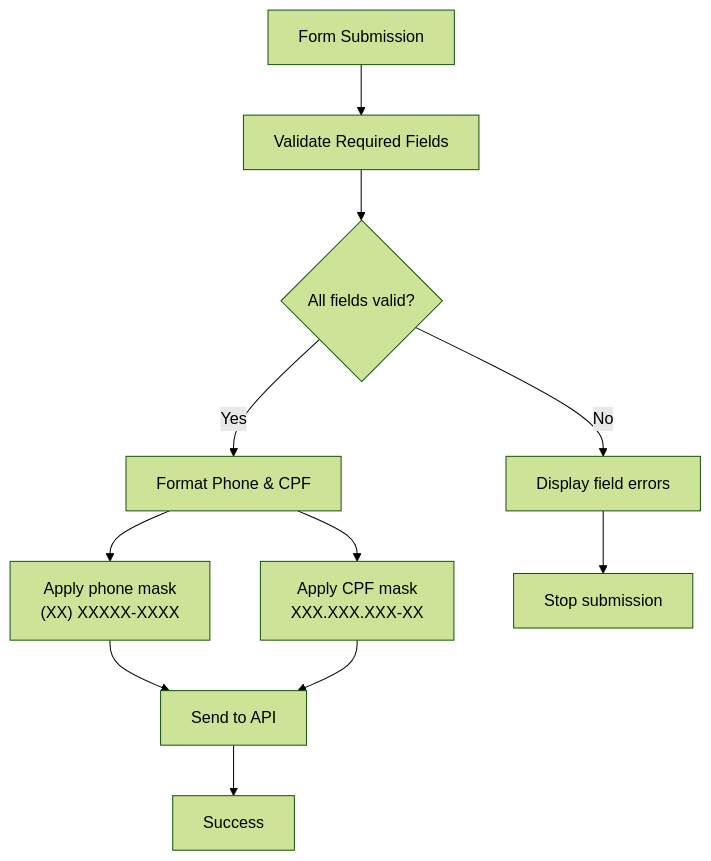
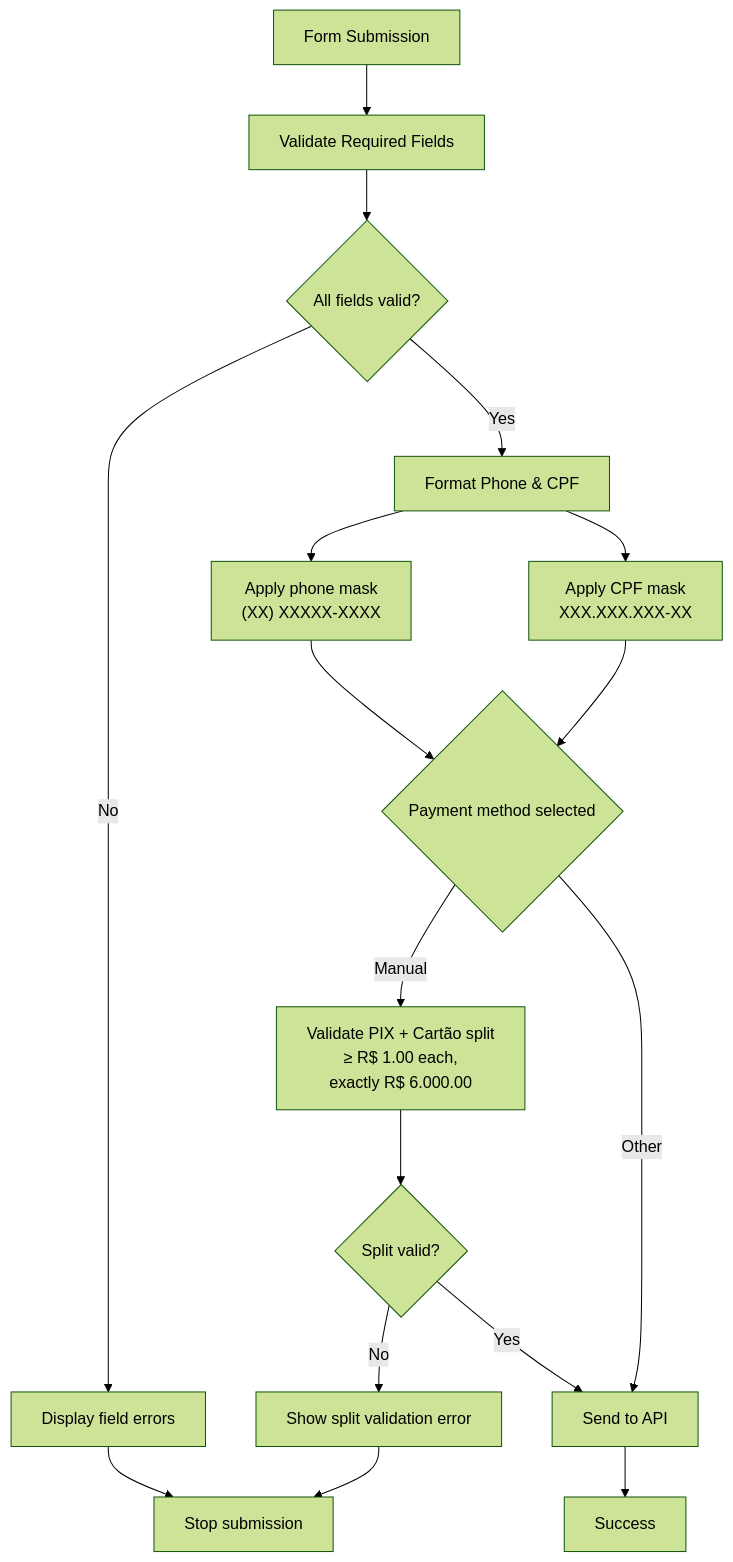
One commit to Alexandrexicara/qretiquetas.com changed the fourth of 8 diagrams in .qoder/repowiki/en/content/Frontend Components/Checkout Interface (checkout.html).md. Above: the diagram before and after it, drawn with Mermaid (forest theme). The commit also changed other lines of this file and 6 other files, not shown here.

````diff
--- a/.qoder/repowiki/en/content/Frontend Components/Checkout Interface (checkout.html).md
+++ b/.qoder/repowiki/en/content/Frontend Components/Checkout Interface (checkout.html).md
@@ -166,13 +180,19 @@
 ```mermaid
 flowchart TD
 FormSubmit["Form Submission"] --> ValidateFields["Validate Required Fields"]
 ValidateFields --> FieldsValid{"All fields valid?"}
 FieldsValid --> |No| ShowErrors["Display field errors"]
 FieldsValid --> |Yes| FormatInputs["Format Phone & CPF"]
 FormatInputs --> MaskPhone["Apply phone mask<br/>(XX) XXXXX-XXXX"]
 FormatInputs --> MaskCPF["Apply CPF mask<br/>XXX.XXX.XXX-XX"]
-MaskPhone --> SendData["Send to API"]
-MaskCPF --> SendData
+MaskPhone --> CheckMethod{"Payment method selected"}
+MaskCPF --> CheckMethod
+CheckMethod --> |Manual| ValidateSplit["Validate PIX + Cartão split<br/>≥ R$ 1.00 each,<br/>exactly R$ 6.000.00"]
+CheckMethod --> |Other| SendData["Send to API"]
+ValidateSplit --> SplitValid{"Split valid?"}
+SplitValid --> |No| ShowSplitError["Show split validation error"]
+SplitValid --> |Yes| SendData
 ShowErrors --> Stop["Stop submission"]
+ShowSplitError --> Stop
 SendData --> Success["Success"]
 ```
````
